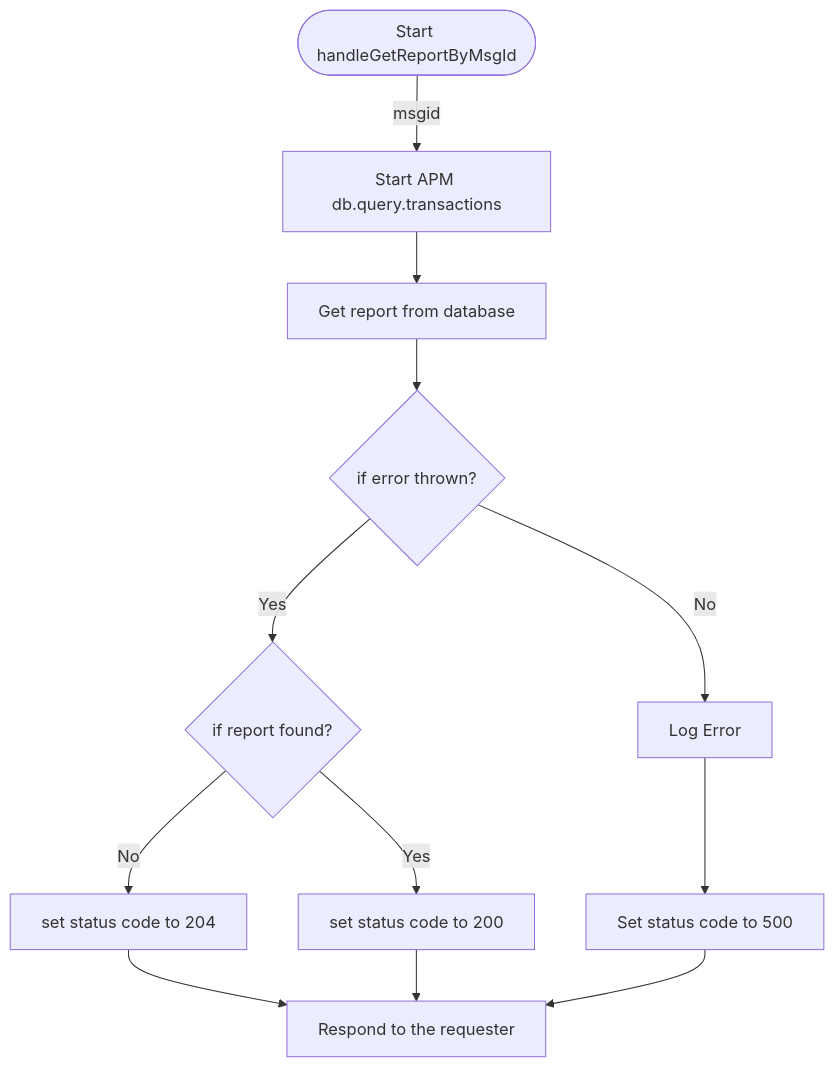
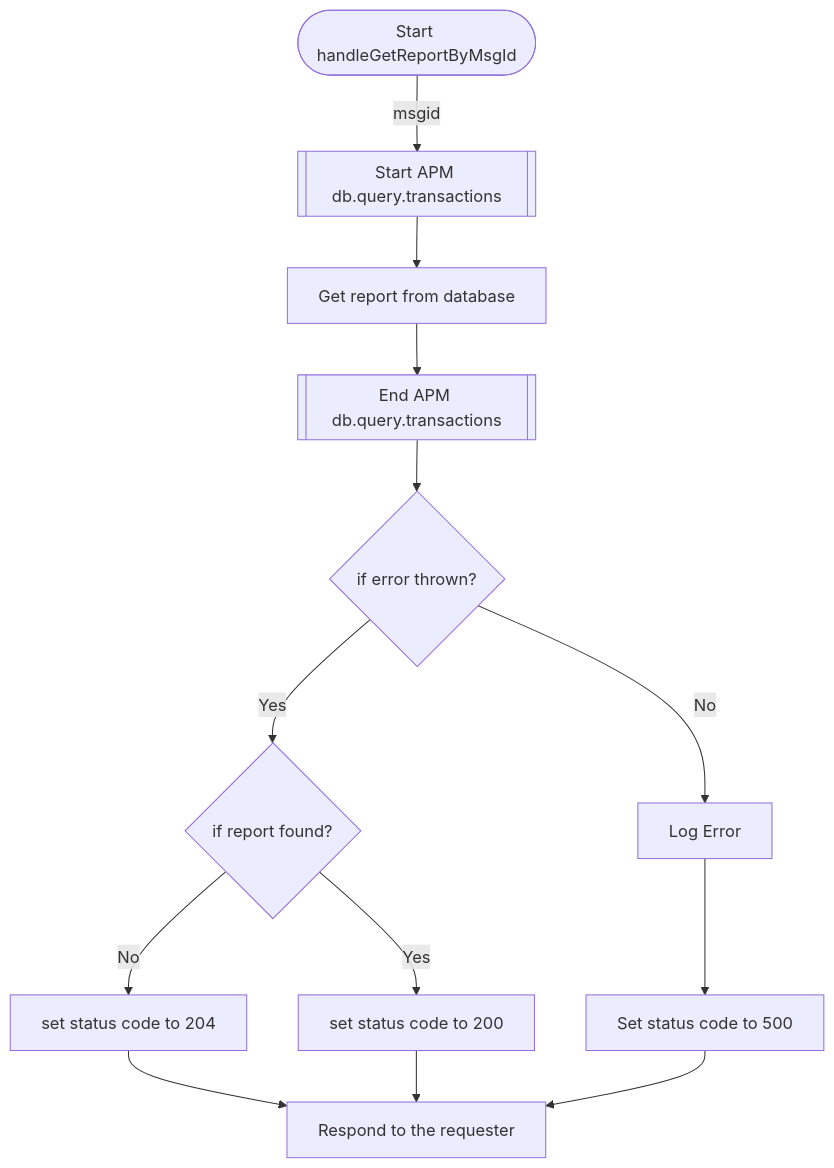
One commit to tazama-lf/admin-service changed the diagram in Images/Flowdiagram.md. Above: the diagram before and after it, drawn with Mermaid.

Commit message:
docs: outline apm process

````diff
--- a/Images/Flowdiagram.md
+++ b/Images/Flowdiagram.md
@@ -1,14 +1,15 @@
 ```mermaid
   flowchart TD
-  A([Start handleGetReportByMsgId]) -->|msgid| B[Start APM db.query.transactions]
+  A([Start handleGetReportByMsgId]) -->|msgid| B[[Start APM db.query.transactions]]
   B --> C[Get report from database]
-  C --> D{if error thrown?}
+  C --> V[["End APM db.query.transactions"]]
+  V --> D{if error thrown?}
   D -->|Yes| E{if report found?}
   E -->|Yes| G[set status code to 200]
   E -->|No| K[set status code to 204]
   D -->|No| F[Log Error]
   F --> Z[Set status code to 500]
   K --> L[Respond to the requester]
   G --> L[Respond to the requester]
   Z --> L[Respond to the requester]
 ```
````
